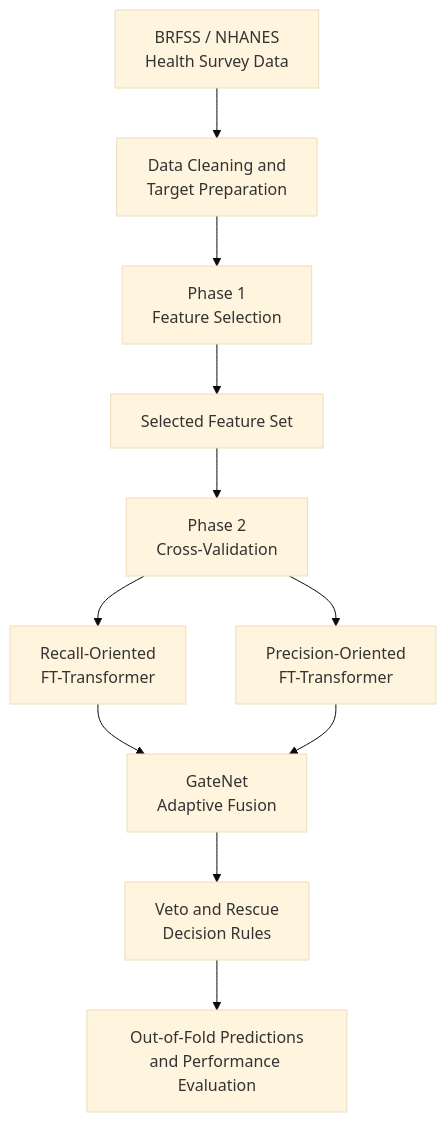
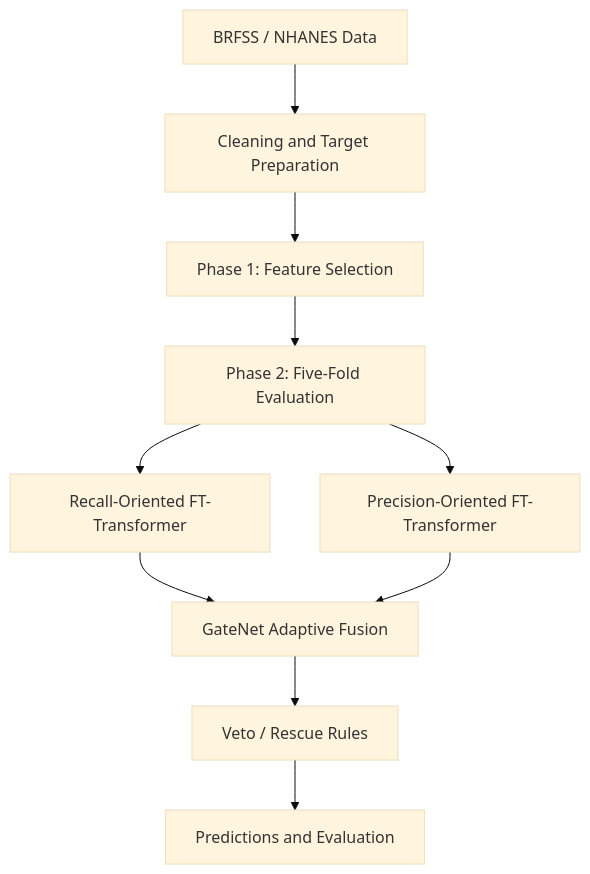
Before and after one commit to 100jahidul614-sudo/heartsense-dual-branch-fttransformer: the diagram in README.md, drawn with Mermaid (base theme). The commit also changed other lines of this file, not shown here.

````diff
--- a/README.md
+++ b/README.md
@@ -104,13 +64,12 @@
 ```mermaid
 flowchart TD
-    A["BRFSS / NHANES<br/>Health Survey Data"] --> B["Data Cleaning and<br/>Target Preparation"]
-    B --> C["Phase 1<br/>Feature Selection"]
-    C --> D["Selected Feature Set"]
-    D --> E["Phase 2<br/>Cross-Validation"]
-    E --> F["Recall-Oriented<br/>FT-Transformer"]
-    E --> G["Precision-Oriented<br/>FT-Transformer"]
-    F --> H["GateNet<br/>Adaptive Fusion"]
-    G --> H
-    H --> I["Veto and Rescue<br/>Decision Rules"]
-    I --> J["Out-of-Fold Predictions<br/>and Performance Evaluation"]
+    A["BRFSS / NHANES Data"] --> B["Cleaning and Target Preparation"]
+    B --> C["Phase 1: Feature Selection"]
+    C --> D["Phase 2: Five-Fold Evaluation"]
+    D --> E["Recall-Oriented FT-Transformer"]
+    D --> F["Precision-Oriented FT-Transformer"]
+    E --> G["GateNet Adaptive Fusion"]
+    F --> G
+    G --> H["Veto / Rescue Rules"]
+    H --> I["Predictions and Evaluation"]
 ```
````
